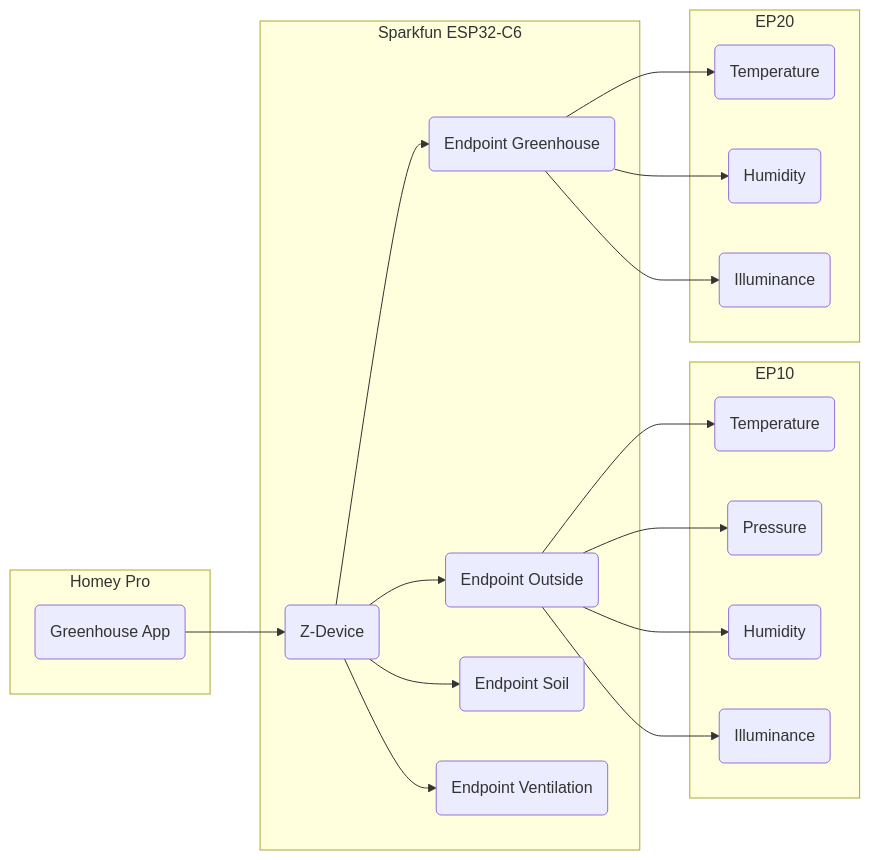
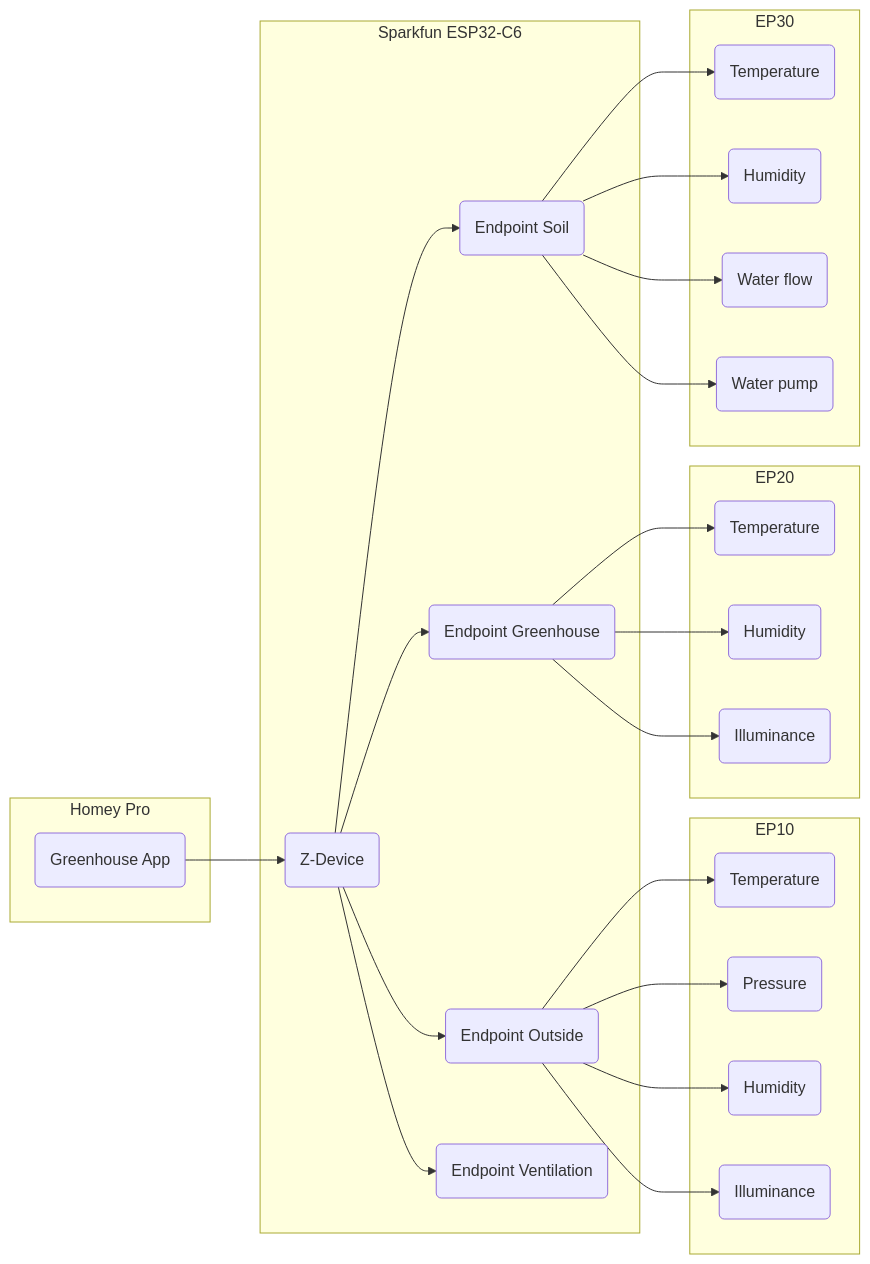
Before and after one commit to dnulnets/greenhouse: the diagram in doc/README.md, drawn with Mermaid.

Commit message:
Updated zigbee model

````diff
--- a/doc/README.md
+++ b/doc/README.md
@@ -5,32 +5,42 @@
 ```mermaid
 flowchart LR
     subgraph Homey Pro
     app("Greenhouse App")
     end
     subgraph Sparkfun ESP32-C6
     zd("Z-Device")
     zd-->ep10("Endpoint Outside")
     zd-->ep20("Endpoint Greenhouse")
     zd-->ep30("Endpoint Soil")
     zd-->ep40("Endpoint Ventilation")
     end
     subgraph EP10
     T1("Temperature")
     P1("Pressure")
     RH1("Humidity")
     I1("Illuminance")
     end
     subgraph EP20
     T2("Temperature")
     RH2("Humidity")
     I2("Illuminance")
     end
+    subgraph EP30
+    T3("Temperature")
+    RH3("Humidity")
+    F1("Water flow")
+    W1("Water pump")
+    end
     ep10-->T1
     ep10-->P1
     ep10-->RH1
     ep10-->I1
     ep20-->T2
     ep20-->RH2
     ep20-->I2
+    ep30-->T3
+    ep30-->W1
+    ep30-->RH3
+    ep30-->F1
     app-->zd
 ```
````
